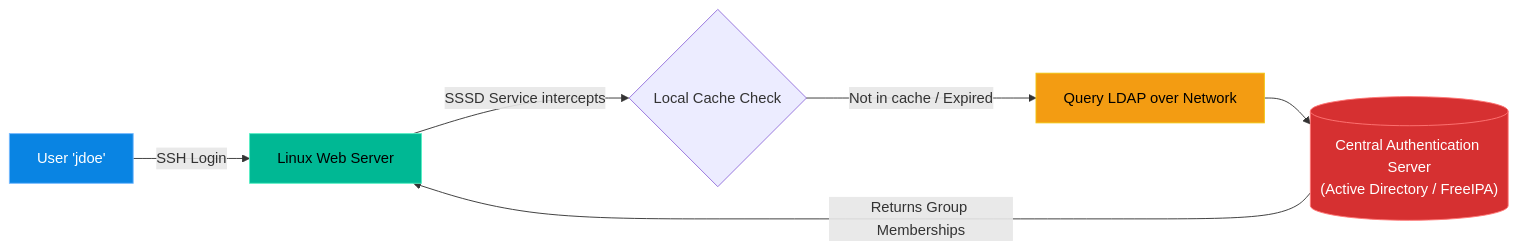
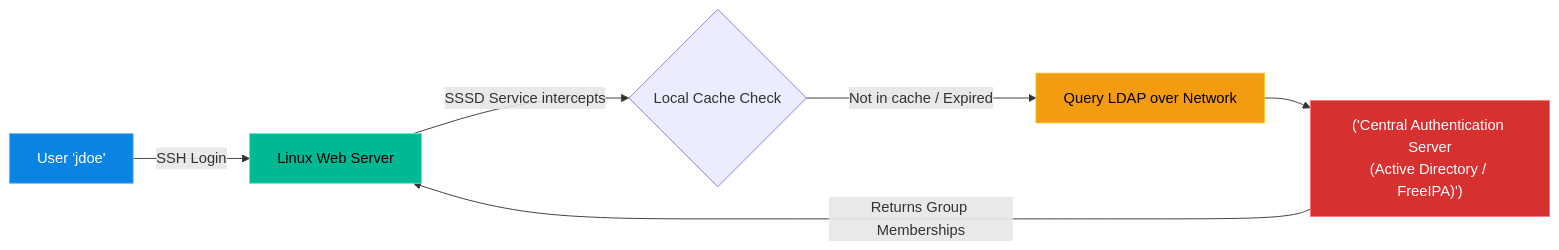
The diagram in volumes/volume-02-linux-administration/chapters/V2-C03-centralized-authentication.md (laxya911/linux-support-engineer-master-handbook), drawn with Mermaid before and after one commit. The commit also changed 101 other files, not shown here.

Commit message:
Fix mermaid syntax across all chapters

````diff
--- a/volumes/volume-02-linux-administration/chapters/V2-C03-centralized-authentication.md
+++ b/volumes/volume-02-linux-administration/chapters/V2-C03-centralized-authentication.md
@@ -41,17 +41,17 @@
 ```mermaid
 flowchart LR
-    A["User 'jdoe'"] -->|SSH Login| B["Linux Web Server"]
+    A["User 'jdoe'"] -->|"SSH Login"| B["Linux Web Server"]
     
-    B -->|SSSD Service intercepts| C{"Local Cache Check"}
+    B -->|"SSSD Service intercepts"| C{"Local Cache Check"}
     
-    C -->|Not in cache / Expired| D["Query LDAP over Network"]
+    C -->|"Not in cache / Expired"| D["Query LDAP over Network"]
     
-    D --> E[("Central Authentication Server\n(Active Directory / FreeIPA)")]
+    D --> E["('Central Authentication Server\n(Active Directory / FreeIPA)')"]
     
-    E -->|Returns Group Memberships| B
+    E -->|"Returns Group Memberships"| B
     
     style A fill:#0984e3,stroke:#74b9ff,color:#fff
     style B fill:#00b894,stroke:#55efc4,color:#000
     style D fill:#f39c12,stroke:#f1c40f,color:#000
     style E fill:#d63031,stroke:#ff7675,color:#fff
 ```
````
